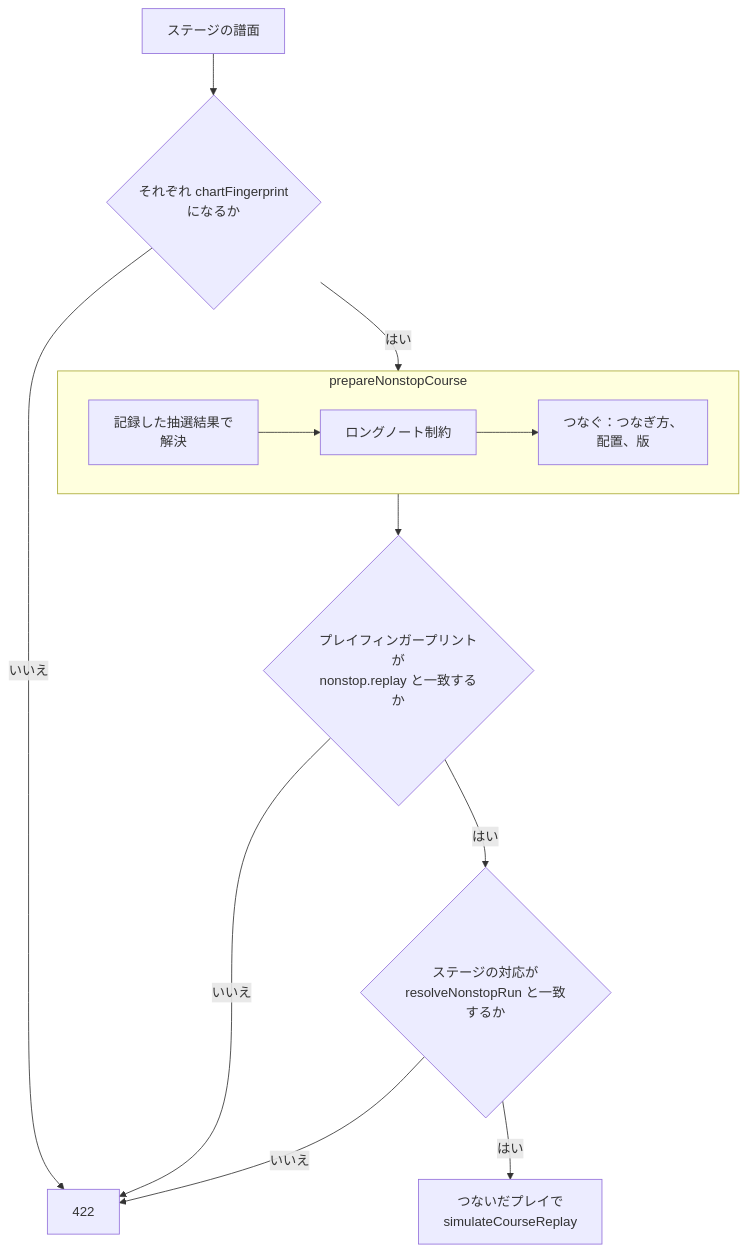
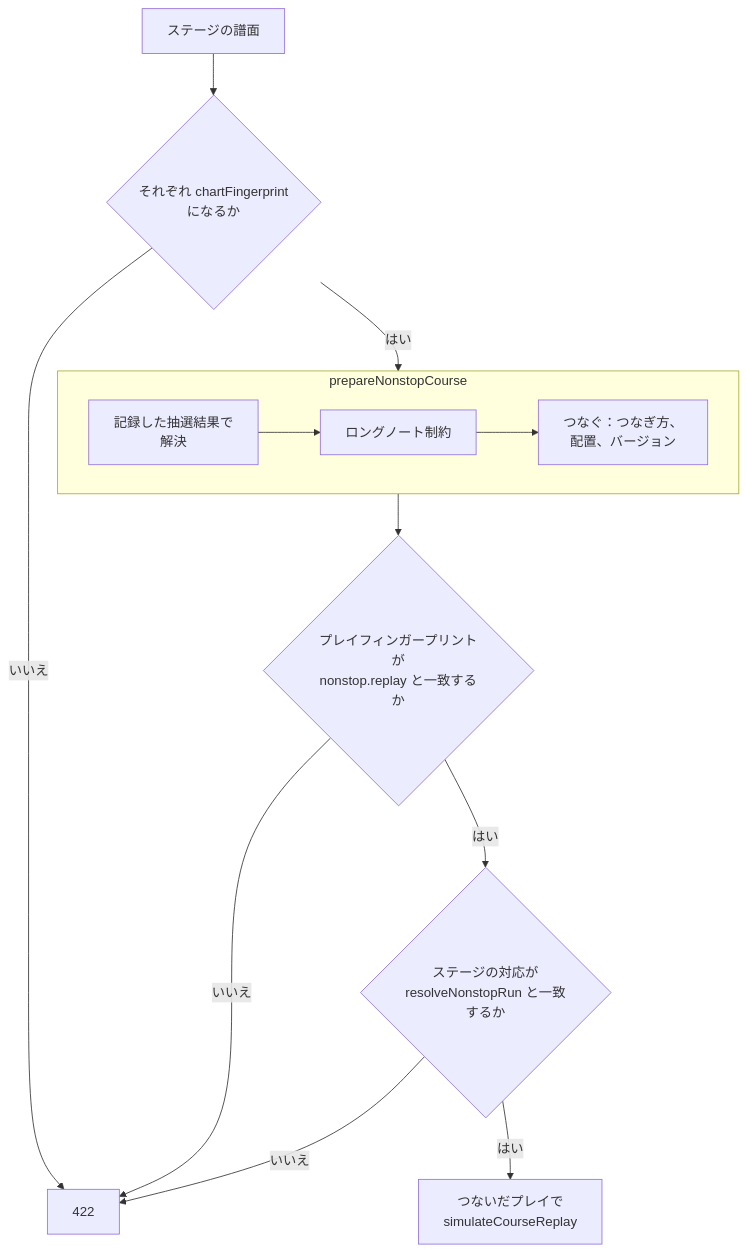
Before and after one commit to nulltask/be-music: the fourth of 4 diagrams in docs/leaderboard.ja.md, drawn with Mermaid. The commit also changed other lines of this file and 19 other files, not shown here.

````diff
--- a/docs/leaderboard.ja.md
+++ b/docs/leaderboard.ja.md
@@ -340,15 +340,15 @@
 ```mermaid
 flowchart TD
   charts["ステージの譜面"] --> fp{"それぞれ chartFingerprint<br/>になるか"}
   fp -->|はい| prepare
   subgraph prepare["prepareNonstopCourse"]
     resolve["記録した抽選結果で<br/>解決"] --> ln["ロングノート制約"]
-    ln --> stitch["つなぐ：つなぎ方、<br/>配置、版"]
+    ln --> stitch["つなぐ：つなぎ方、<br/>配置、バージョン"]
   end
   prepare --> same{"プレイフィンガープリントが<br/>nonstop.replay と一致するか"}
   same -->|はい| map{"ステージの対応が<br/>resolveNonstopRun と一致するか"}
   map -->|はい| sim["つないだプレイで<br/>simulateCourseReplay"]
   fp -->|いいえ| refuse["422"]
   same -->|いいえ| refuse
   map -->|いいえ| refuse
 ```
````
